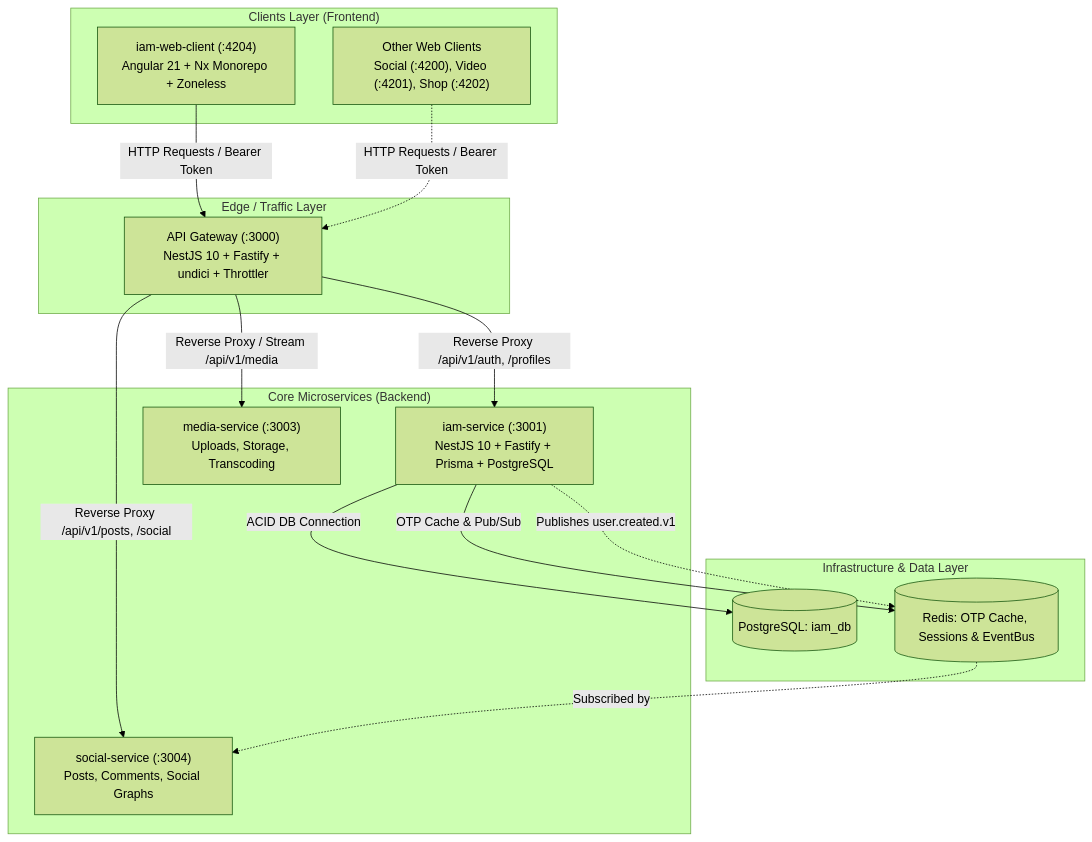
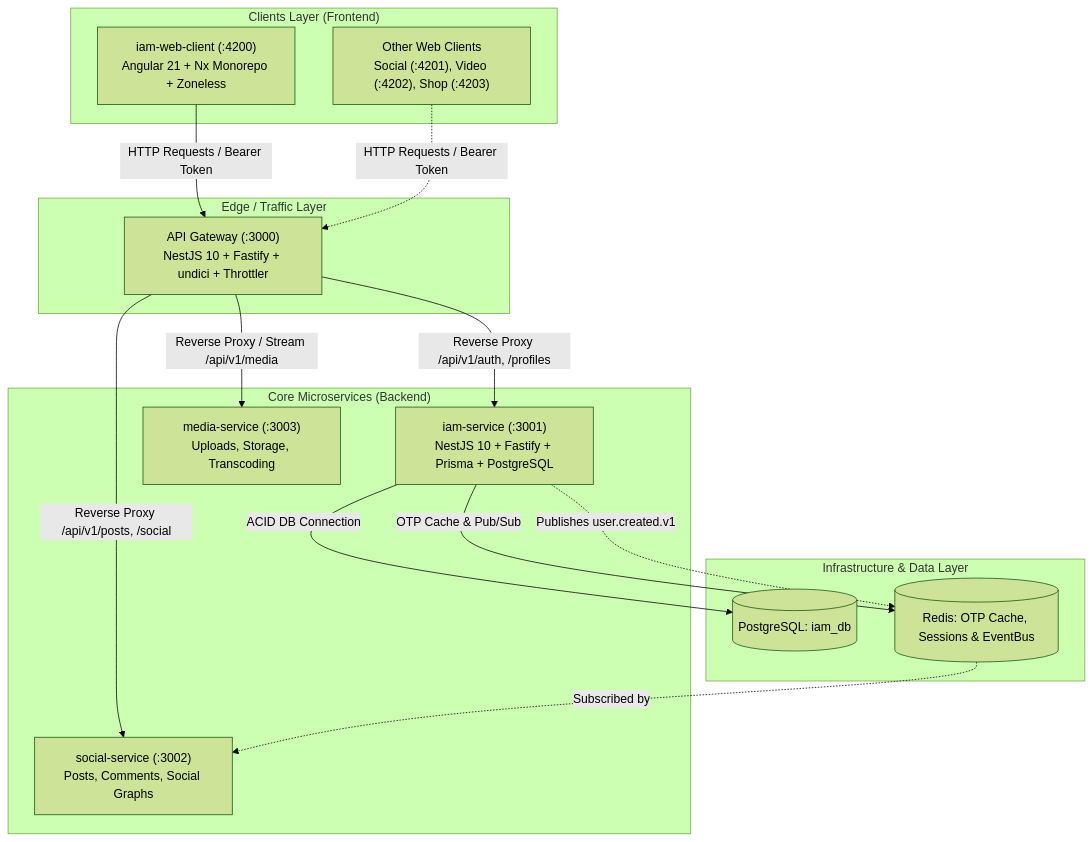
Before and after one commit to daccuong-uit/social-platform-workspace: the diagram in docs/architecture/README.md, drawn with Mermaid (forest theme). The commit also changed 8 other files, not shown here.

````diff
--- a/docs/architecture/README.md
+++ b/docs/architecture/README.md
@@ -9,34 +9,34 @@
 ```mermaid
 flowchart TD
     subgraph "Clients Layer (Frontend)"
-        FE["iam-web-client (:4204)<br/>Angular 21 + Nx Monorepo + Zoneless"]
-        OtherFE["Other Web Clients<br/>Social (:4200), Video (:4201), Shop (:4202)"]
+        FE["iam-web-client (:4200)<br/>Angular 21 + Nx Monorepo + Zoneless"]
+        OtherFE["Other Web Clients<br/>Social (:4201), Video (:4202), Shop (:4203)"]
     end
 
     subgraph "Edge / Traffic Layer"
         GW["API Gateway (:3000)<br/>NestJS 10 + Fastify + undici + Throttler"]
     end
 
     subgraph "Core Microservices (Backend)"
         IAM["iam-service (:3001)<br/>NestJS 10 + Fastify + Prisma + PostgreSQL"]
-        Social["social-service (:3004)<br/>Posts, Comments, Social Graphs"]
+        Social["social-service (:3002)<br/>Posts, Comments, Social Graphs"]
         Media["media-service (:3003)<br/>Uploads, Storage, Transcoding"]
     end
 
     subgraph "Infrastructure & Data Layer"
         IAM_DB[("PostgreSQL: iam_db")]
         RedisCore[("Redis: OTP Cache, Sessions & EventBus")]
     end
 
     FE -->|HTTP Requests / Bearer Token| GW
     OtherFE -.->|HTTP Requests / Bearer Token| GW
 
     GW -->|Reverse Proxy /api/v1/auth, /profiles| IAM
     GW -->|Reverse Proxy /api/v1/posts, /social| Social
     GW -->|Reverse Proxy / Stream /api/v1/media| Media
 
     IAM -->|ACID DB Connection| IAM_DB
     IAM -->|OTP Cache & Pub/Sub| RedisCore
     IAM -.->|Publishes user.created.v1| RedisCore
     RedisCore -.->|Subscribed by| Social
 ```
````
